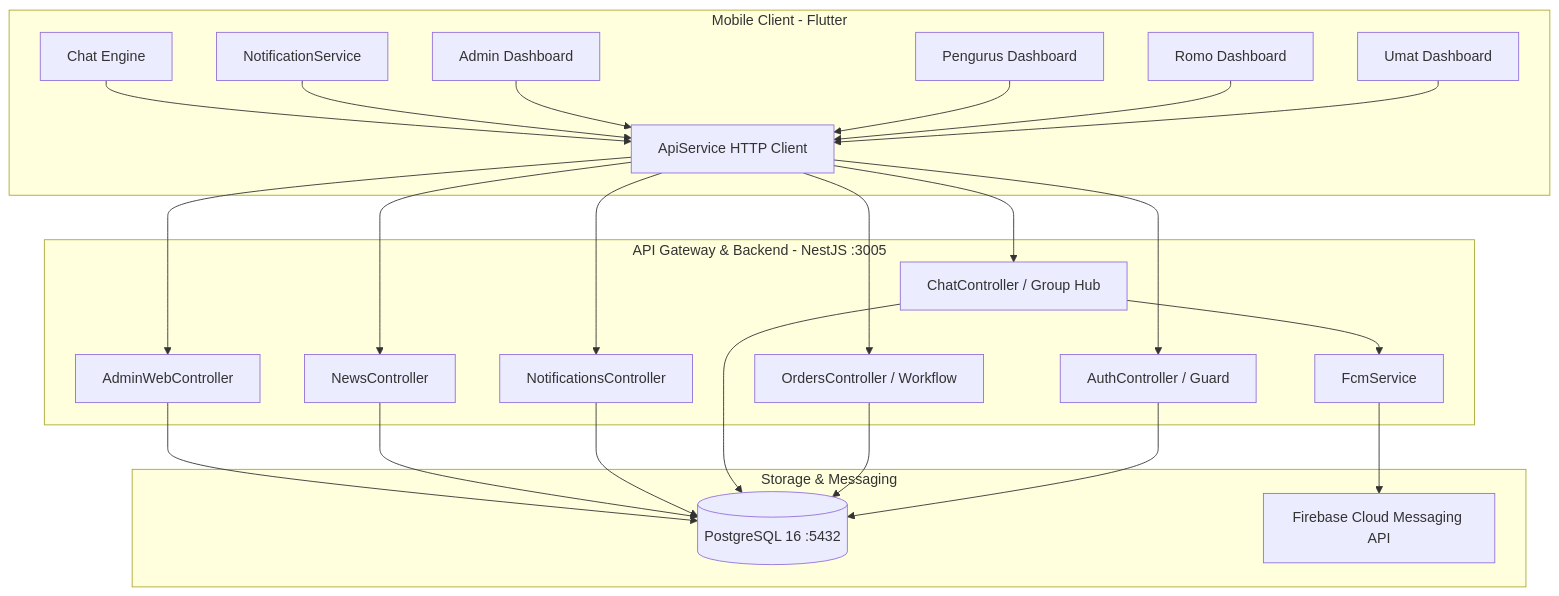
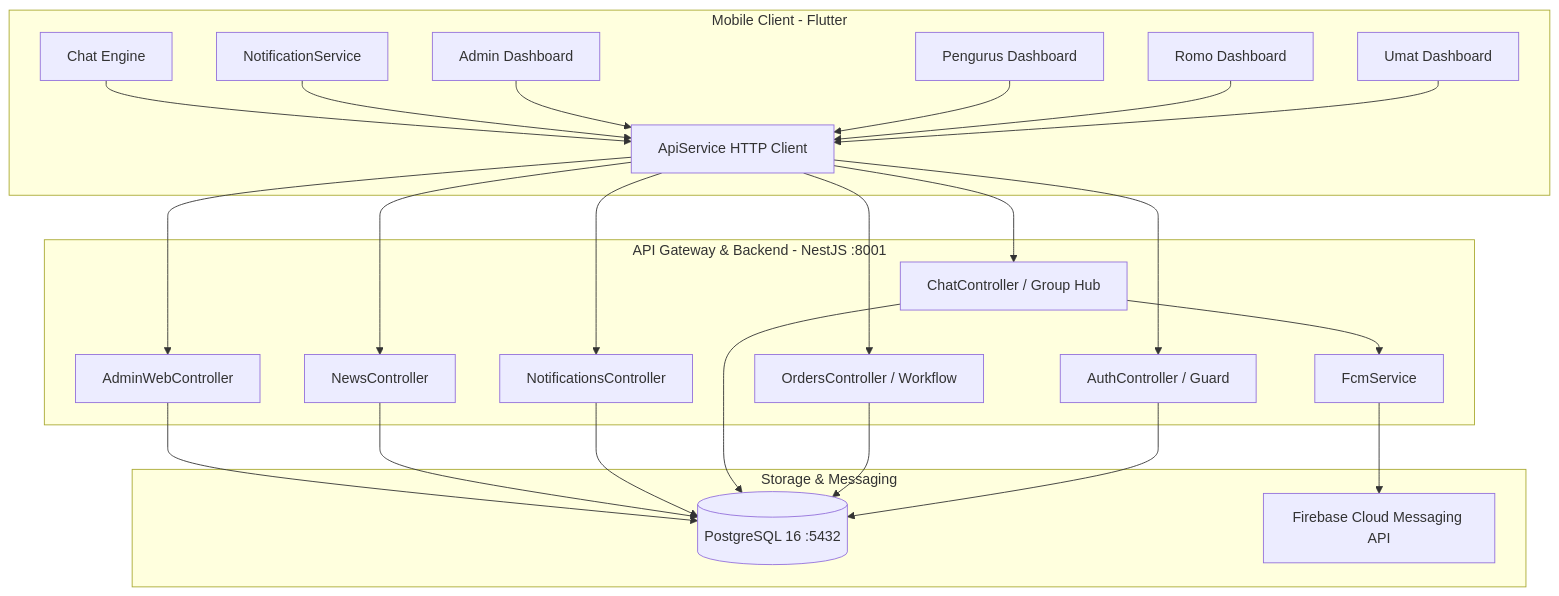
Before and after one commit to AhmadFazriNursamsi/catu-v2: the first of 2 diagrams in CATU_MASTER_DOCUMENTATION.md, drawn with Mermaid. The commit also changed 42 other files, not shown here.

````diff
--- a/CATU_MASTER_DOCUMENTATION.md
+++ b/CATU_MASTER_DOCUMENTATION.md
@@ -47,51 +47,51 @@
 ```mermaid
 graph TD
     subgraph ClientLayer [Mobile Client - Flutter]
         UmatApp[Umat Dashboard]
         RomoApp[Romo Dashboard]
         PengurusApp[Pengurus Dashboard]
         AdminApp[Admin Dashboard]
         NotifSvc[NotificationService]
         ChatSvc[Chat Engine]
         ApiSvc[ApiService HTTP Client]
     end
 
-    subgraph GatewayLayer [API Gateway & Backend - NestJS :3005]
+    subgraph GatewayLayer [API Gateway & Backend - NestJS :8001]
         AuthMod[AuthController / Guard]
         OrderMod[OrdersController / Workflow]
         ChatMod[ChatController / Group Hub]
         NotifMod[NotificationsController]
         NewsMod[NewsController]
         AdminMod[AdminWebController]
         FcmMod[FcmService]
     end
 
     subgraph DataLayer [Storage & Messaging]
         PG[(PostgreSQL 16 :5432)]
         FCM[Firebase Cloud Messaging API]
     end
 
     UmatApp --> ApiSvc
     RomoApp --> ApiSvc
     PengurusApp --> ApiSvc
     AdminApp --> ApiSvc
     NotifSvc --> ApiSvc
     ChatSvc --> ApiSvc
 
     ApiSvc --> AuthMod
     ApiSvc --> OrderMod
     ApiSvc --> ChatMod
     ApiSvc --> NotifMod
     ApiSvc --> NewsMod
     ApiSvc --> AdminMod
 
     AuthMod --> PG
     OrderMod --> PG
     ChatMod --> PG
     ChatMod --> FcmMod
     NotifMod --> PG
     NewsMod --> PG
     AdminMod --> PG
 
     FcmMod --> FCM
 ```
````
